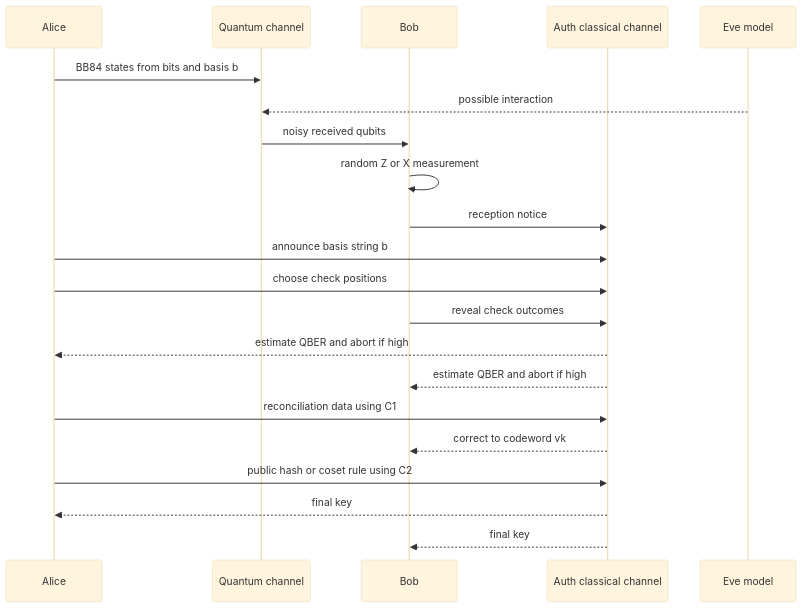
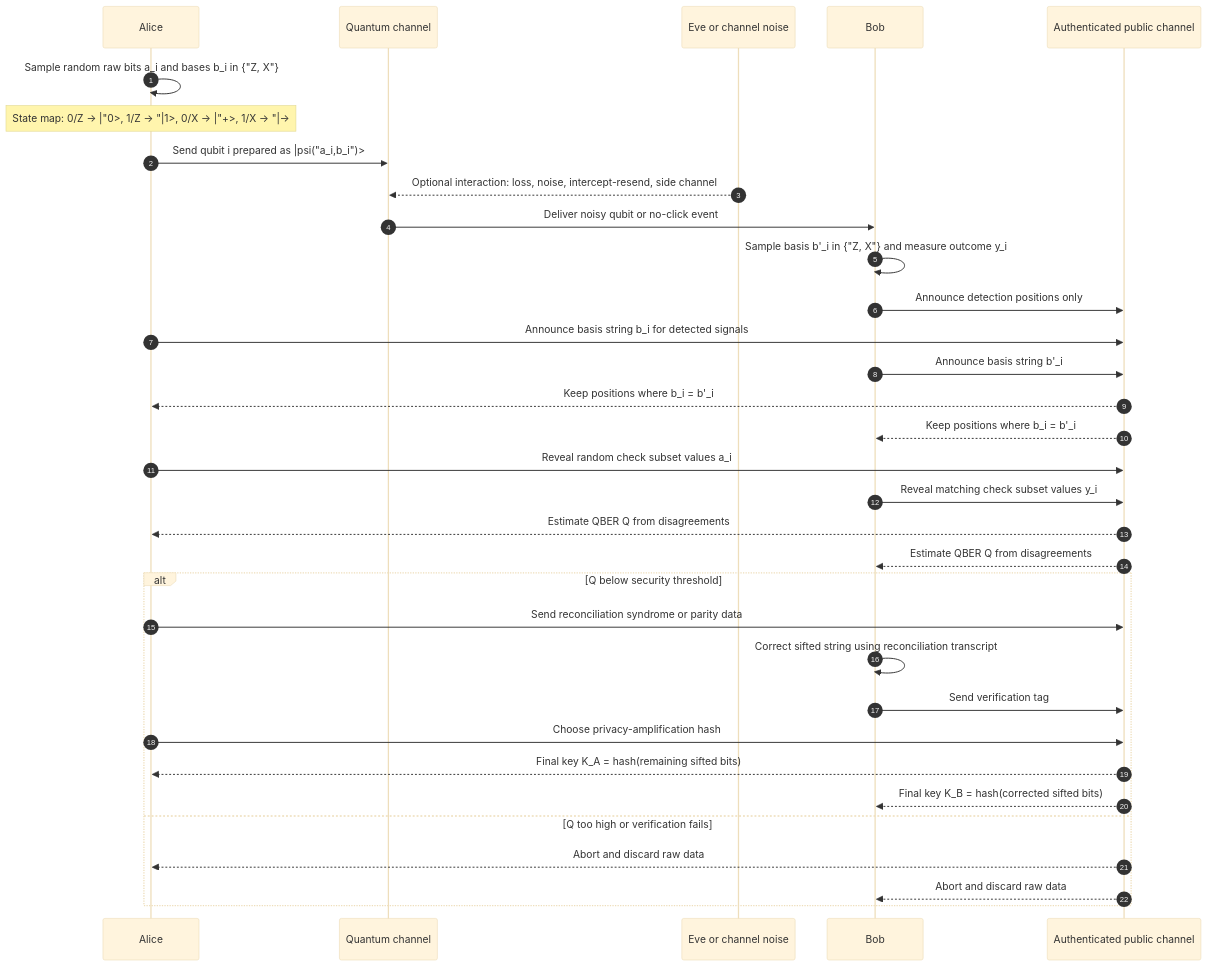
One commit to justinbrianhwang/SJ-wiki changed the diagram in docs/quantum-information-science/quantum-communication/bb84.md. Above: the diagram before and after it, drawn with Mermaid (base theme). The commit also changed other lines of this file and 1858 other files, not shown here.

Commit message:
Upgrade Mermaid diagrams to real architecture level across DL/CS-systems/CS-applied/QIS/Physics+Math+Chem (~728 mermaid blocks total): detailed sublayers, residuals, dimensions, shape transitions, subgraph grouping

````diff
--- a/docs/quantum-information-science/quantum-communication/bb84.md
+++ b/docs/quantum-information-science/quantum-communication/bb84.md
@@ -151,24 +147,36 @@
 ```mermaid
 sequenceDiagram
+  autonumber
   participant A as Alice
   participant Q as Quantum channel
+  participant E as Eve or channel noise
   participant B as Bob
-  participant C as Auth classical channel
-  participant E as Eve model
+  participant C as Authenticated public channel
 
-  A->>Q: BB84 states from bits and basis b
-  E-->>Q: possible interaction
-  Q->>B: noisy received qubits
-  B->>B: random Z or X measurement
-  B->>C: reception notice
-  A->>C: announce basis string b
-  A->>C: choose check positions
-  B->>C: reveal check outcomes
-  C-->>A: estimate QBER and abort if high
-  C-->>B: estimate QBER and abort if high
-  A->>C: reconciliation data using C1
-  C-->>B: correct to codeword vk
-  A->>C: public hash or coset rule using C2
-  C-->>A: final key
-  C-->>B: final key
+  A->>A: Sample random raw bits a_i and bases b_i in {"Z, X"}
+  Note over A: State map: 0/Z -> |"0>, 1/Z -> "|1>, 0/X -> |"+>, 1/X -> "|->
+  A->>Q: Send qubit i prepared as |psi("a_i,b_i")>
+  E-->>Q: Optional interaction: loss, noise, intercept-resend, side channel
+  Q->>B: Deliver noisy qubit or no-click event
+  B->>B: Sample basis b'_i in {"Z, X"} and measure outcome y_i
+  B->>C: Announce detection positions only
+  A->>C: Announce basis string b_i for detected signals
+  B->>C: Announce basis string b'_i
+  C-->>A: Keep positions where b_i = b'_i
+  C-->>B: Keep positions where b_i = b'_i
+  A->>C: Reveal random check subset values a_i
+  B->>C: Reveal matching check subset values y_i
+  C-->>A: Estimate QBER Q from disagreements
+  C-->>B: Estimate QBER Q from disagreements
+  alt Q below security threshold
+    A->>C: Send reconciliation syndrome or parity data
+    B->>B: Correct sifted string using reconciliation transcript
+    B->>C: Send verification tag
+    A->>C: Choose privacy-amplification hash
+    C-->>A: Final key K_A = hash(remaining sifted bits)
+    C-->>B: Final key K_B = hash(corrected sifted bits)
+  else Q too high or verification fails
+    C-->>A: Abort and discard raw data
+    C-->>B: Abort and discard raw data
+  end
 ```
````
